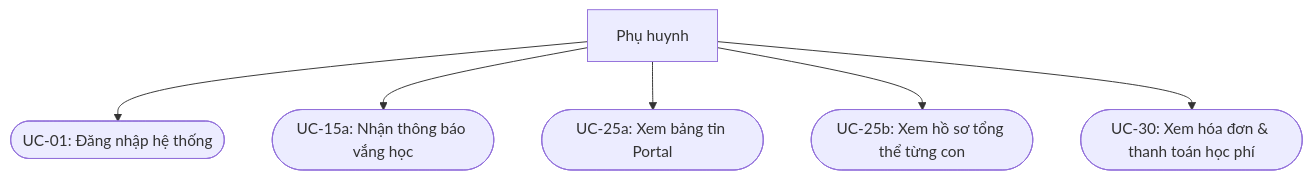
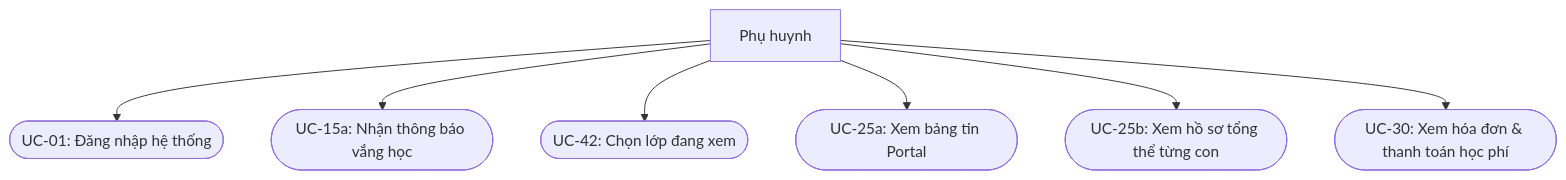
Before and after one commit to langtuananh2424/pps-education: the second of 21 diagrams in docs/srs.md, drawn with Mermaid. The commit also changed other lines of this file and 3 other files, not shown here.

````diff
--- a/docs/srs.md
+++ b/docs/srs.md
@@ -699,16 +713,18 @@
 ```mermaid
 graph TD
     PhuHuynh[Phụ huynh]
 
     UC01(["UC-01: Đăng nhập hệ thống"])
     UC15a(["UC-15a: Nhận thông báo vắng học"])
+    UC42(["UC-42: Chọn lớp đang xem"])
     UC25a(["UC-25a: Xem bảng tin Portal"])
     UC25b(["UC-25b: Xem hồ sơ tổng thể từng con"])
     UC30(["UC-30: Xem hóa đơn & thanh toán học phí"])
 
     PhuHuynh --> UC01
     PhuHuynh --> UC15a
+    PhuHuynh --> UC42
     PhuHuynh --> UC25a
     PhuHuynh --> UC25b
     PhuHuynh --> UC30
 ```
````
